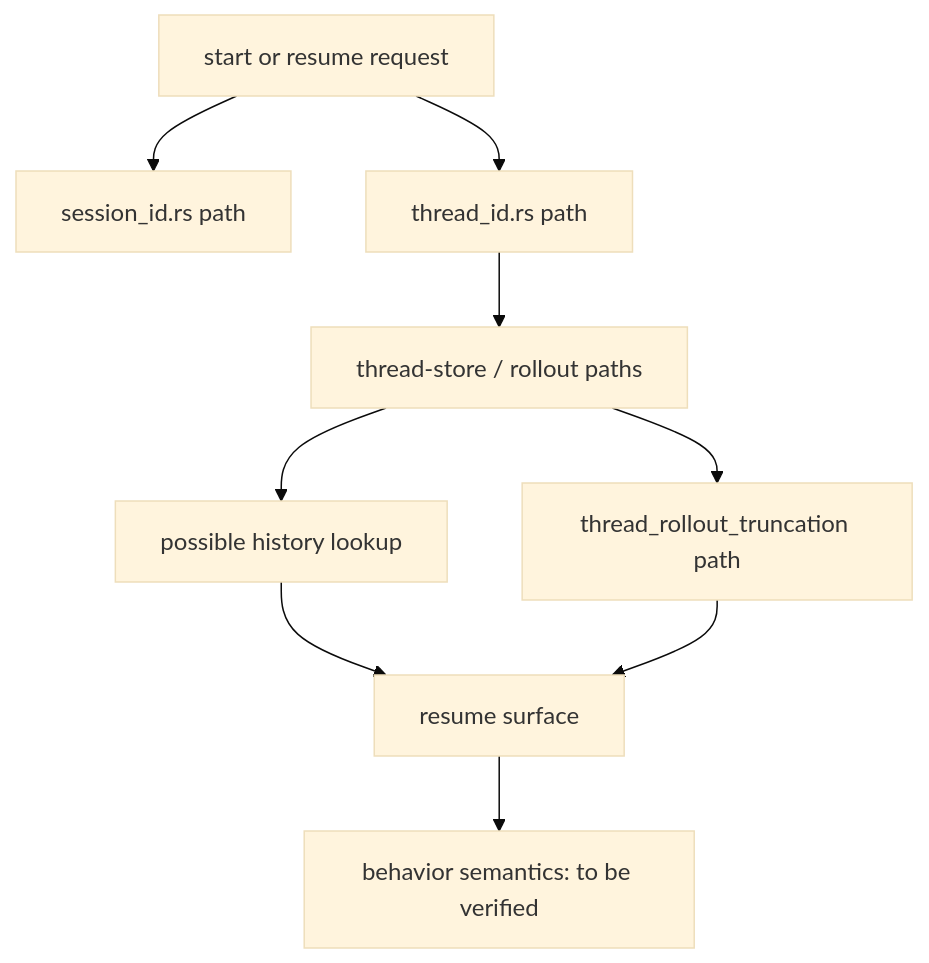
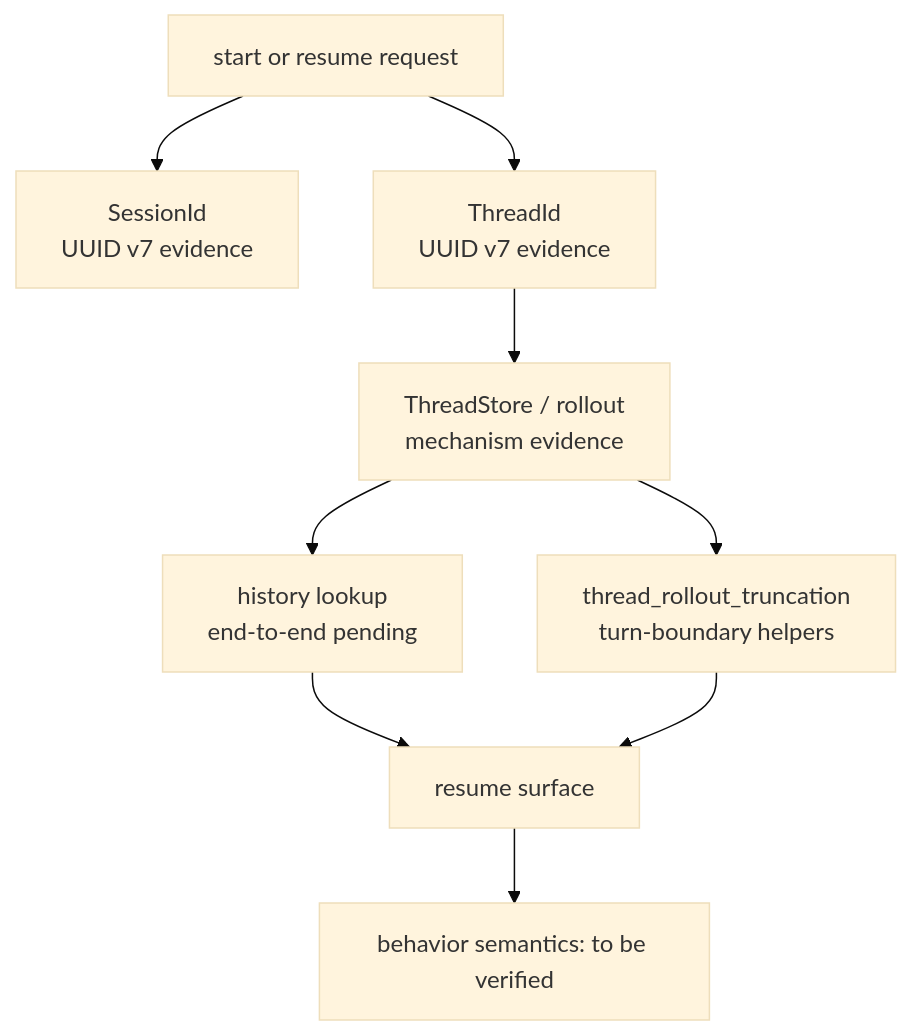
Before and after one commit to shihao-zhang/learn-codex: the diagram in chapters/s08_sessions_threads_rollout/diagram.mmd, drawn with Mermaid (base theme). The commit also changed 24 other files, not shown here.

```diff
--- a/chapters/s08_sessions_threads_rollout/diagram.mmd
+++ b/chapters/s08_sessions_threads_rollout/diagram.mmd
@@ -1,9 +1,9 @@
 flowchart TD
-    A["start or resume request"] --> B["session_id.rs path"]
-    A --> C["thread_id.rs path"]
-    C --> D["thread-store / rollout paths"]
-    D --> E["possible history lookup"]
-    D --> F["thread_rollout_truncation path"]
+    A["start or resume request"] --> B["SessionId<br/>UUID v7 evidence"]
+    A --> C["ThreadId<br/>UUID v7 evidence"]
+    C --> D["ThreadStore / rollout<br/>mechanism evidence"]
+    D --> E["history lookup<br/>end-to-end pending"]
+    D --> F["thread_rollout_truncation<br/>turn-boundary helpers"]
     E --> G["resume surface"]
     F --> G
     G --> H["behavior semantics: to be verified"]
```
